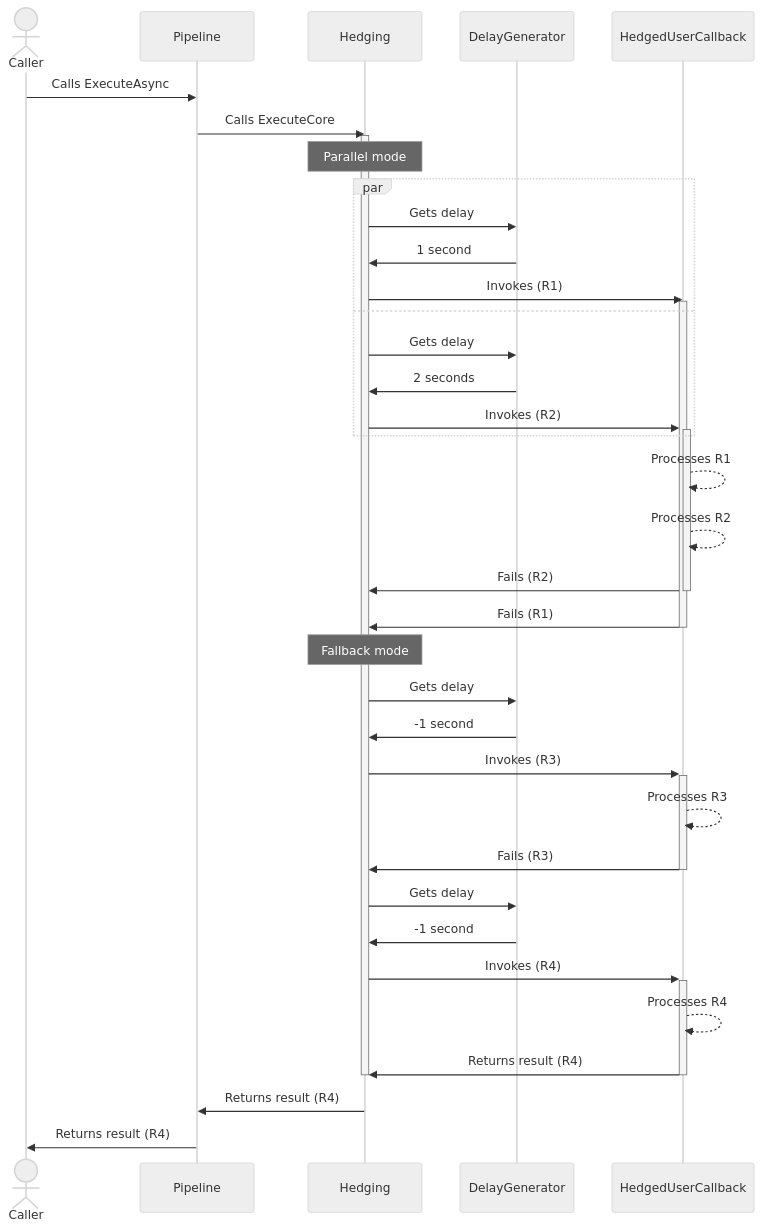
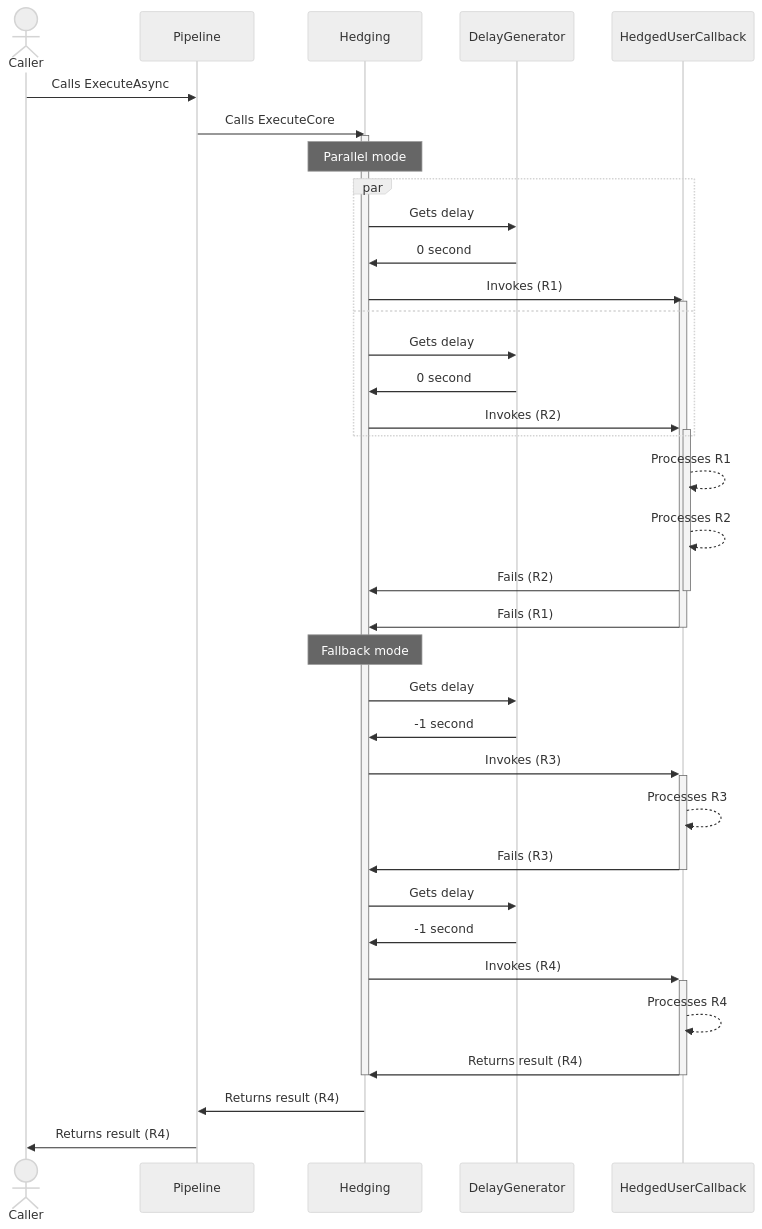
The seventh of 9 diagrams in docs/strategies/hedging.md (App-vNext/Polly), drawn with Mermaid (neutral theme) before and after one commit. The commit also changed other lines of this file and 1 other file, not shown here.

````diff
--- a/docs/strategies/hedging.md
+++ b/docs/strategies/hedging.md
@@ -344,47 +344,47 @@
 ```mermaid
 sequenceDiagram
     actor C as Caller
     participant P as Pipeline
     participant H as Hedging
     participant DG as DelayGenerator
     participant HUC as HedgedUserCallback
 
     C->>P: Calls ExecuteAsync
     P->>H: Calls ExecuteCore
     activate H
 
     Note over H: Parallel mode
     par
     H->>DG: Gets delay
-    DG->>H: 1 second
+    DG->>H: 0 second
     H->>HUC: Invokes (R1)
     activate HUC
     and
     H ->> DG: Gets delay
-    DG ->> H: 2 seconds
+    DG ->> H: 0 second
     H->>+HUC: Invokes (R2)
     end
 
     HUC-->>HUC: Processes R1
     HUC-->>HUC: Processes R2
     HUC->>-H: Fails (R2)
     HUC->>-H: Fails (R1)
 
     Note over H: Fallback mode
 
     H->>DG: Gets delay
     DG->>H: -1 second
     H->>+HUC: Invokes (R3)
     HUC-->>HUC: Processes R3
     HUC->>-H: Fails (R3)
 
     H->>DG: Gets delay
     DG->>H: -1 second
     H->>+HUC: Invokes (R4)
     HUC-->>HUC: Processes R4
     HUC->>-H: Returns result (R4)
 
     deactivate H
     H->>P: Returns result (R4)
     P->>C: Returns result (R4)
 ```
````
